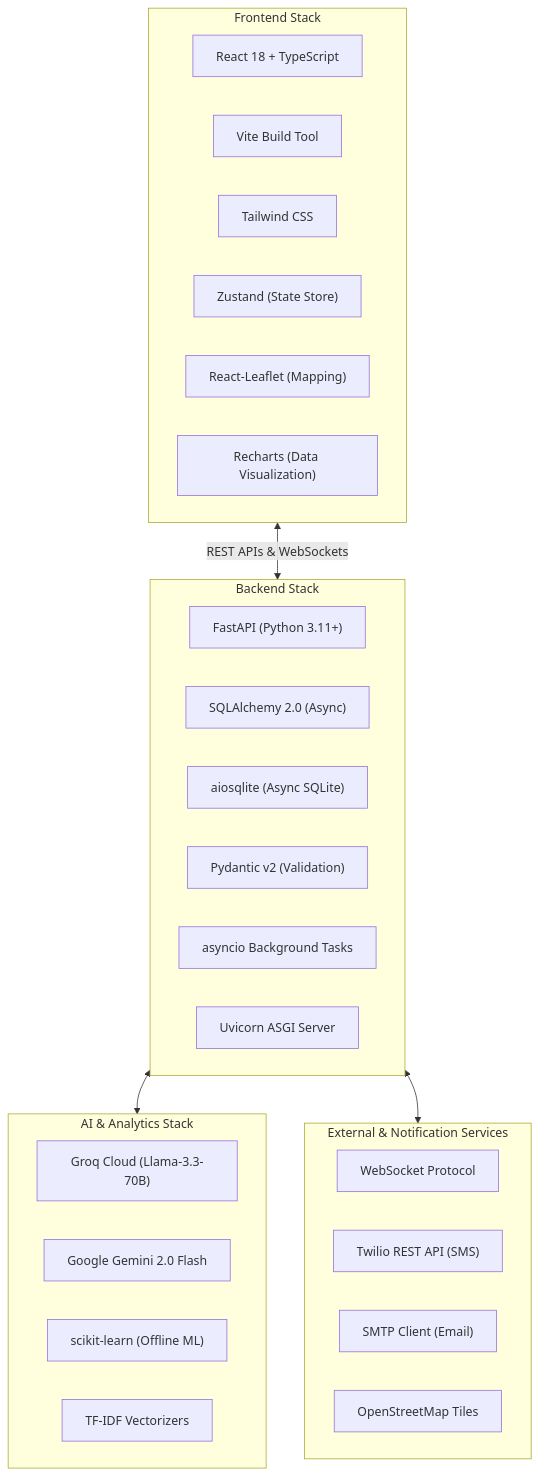
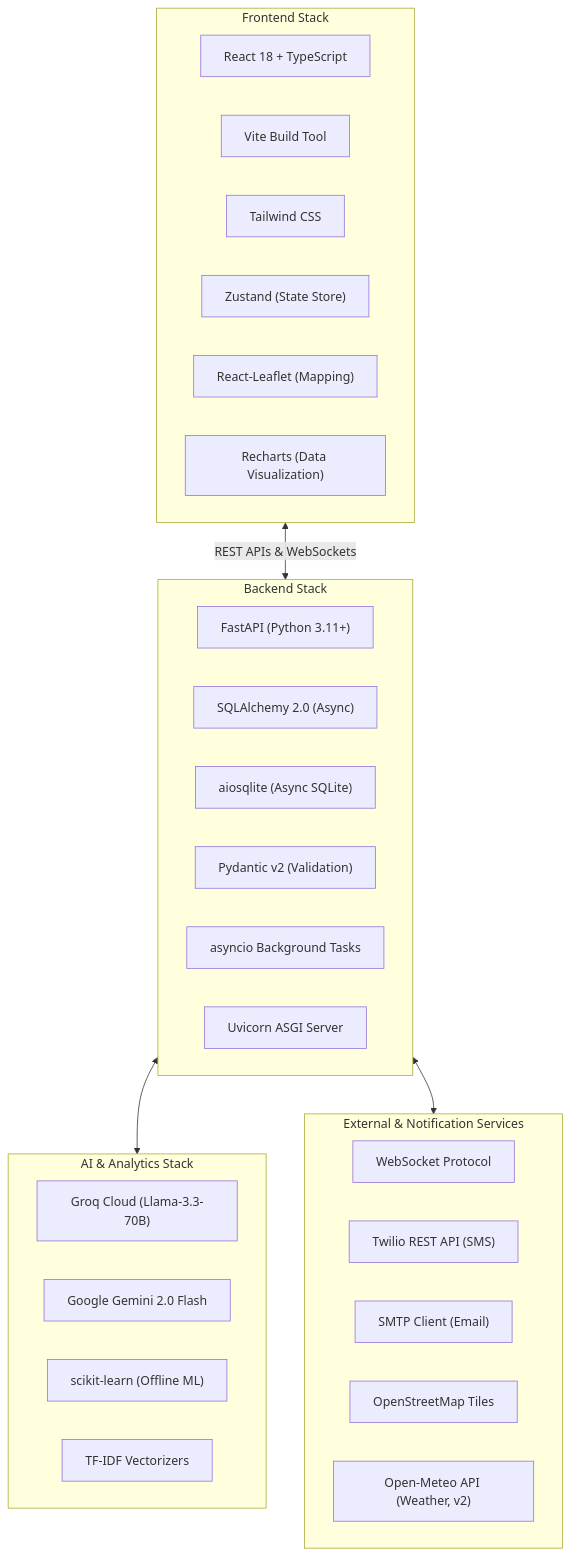
Before and after one commit to GhostX1407/BitNBuild_Just-Us-League: the seventh of 12 diagrams in README.md, drawn with Mermaid. The commit also changed other lines of this file, not shown here.

````diff
--- a/README.md
+++ b/README.md
@@ -332,38 +342,39 @@
 ```mermaid
 flowchart TB
     subgraph Client["Frontend Stack"]
         F1["React 18 + TypeScript"]
         F2["Vite Build Tool"]
         F3["Tailwind CSS"]
         F4["Zustand (State Store)"]
         F5["React-Leaflet (Mapping)"]
         F6["Recharts (Data Visualization)"]
     end
 
     subgraph Server["Backend Stack"]
         B1["FastAPI (Python 3.11+)"]
         B2["SQLAlchemy 2.0 (Async)"]
         B3["aiosqlite (Async SQLite)"]
         B4["Pydantic v2 (Validation)"]
         B5["asyncio Background Tasks"]
         B6["Uvicorn ASGI Server"]
     end
 
     subgraph AI["AI & Analytics Stack"]
         A1["Groq Cloud (Llama-3.3-70B)"]
         A2["Google Gemini 2.0 Flash"]
         A3["scikit-learn (Offline ML)"]
         A4["TF-IDF Vectorizers"]
     end
 
     subgraph Integrations["External & Notification Services"]
         E1["WebSocket Protocol"]
         E2["Twilio REST API (SMS)"]
         E3["SMTP Client (Email)"]
         E4["OpenStreetMap Tiles"]
+        E5["Open-Meteo API (Weather, v2)"]
     end
 
     Client <-->|REST APIs & WebSockets| Server
     Server <--> AI
     Server <--> Integrations
 ```
````
